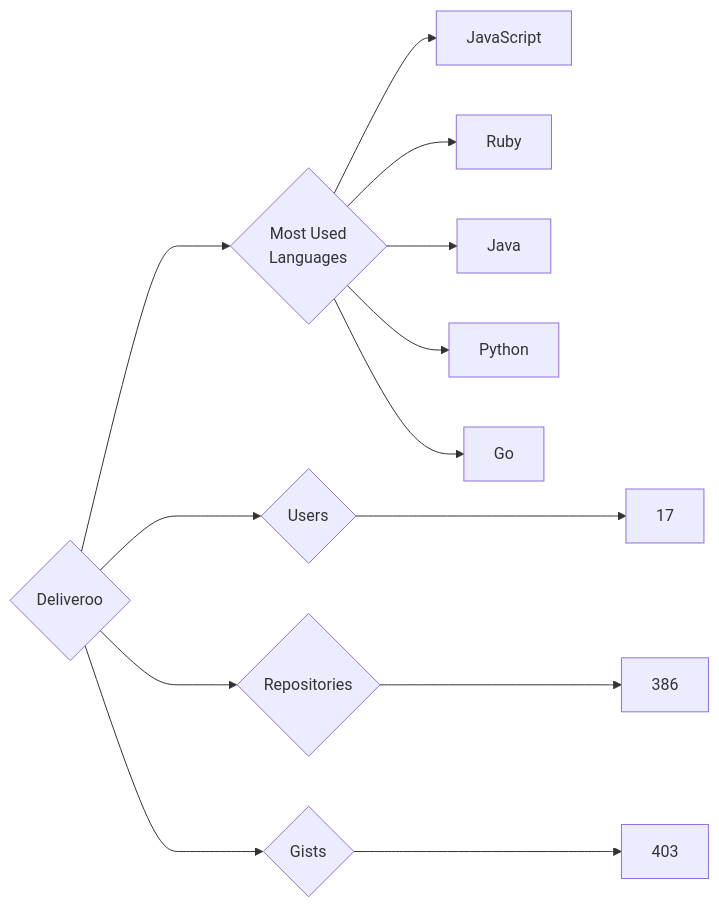
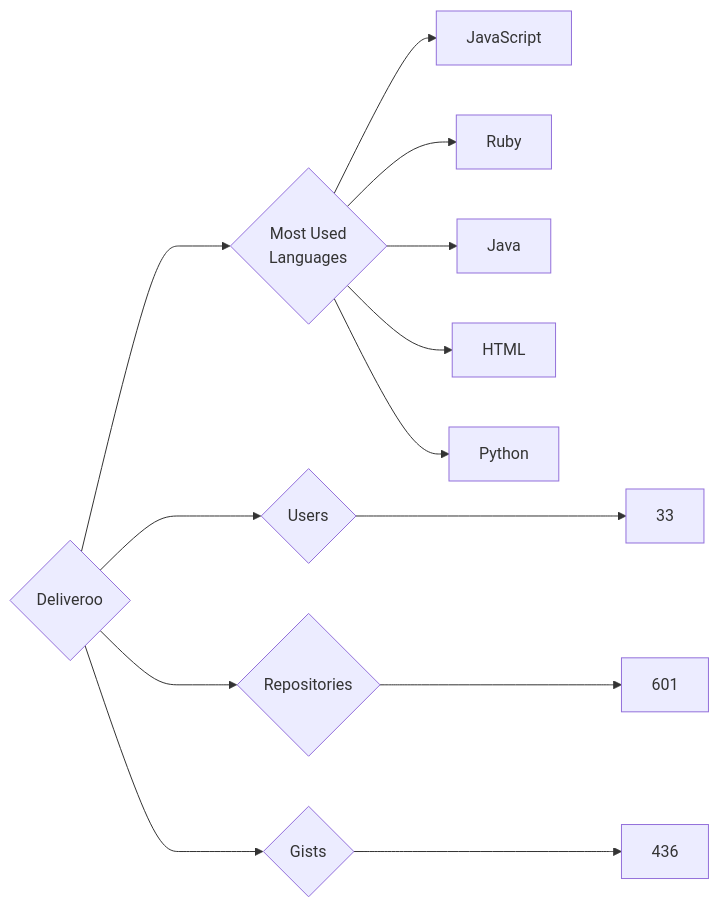
The diagram in targets/Deliveroo/README.md (trickest/insiders), drawn with Mermaid before and after one commit. The commit also changed 914 other files, not shown here.

````diff
--- a/targets/Deliveroo/README.md
+++ b/targets/Deliveroo/README.md
@@ -3,13 +3,13 @@
 ```mermaid
 graph LR
 COMPANY_NAME{Deliveroo}
-COMPANY_NAME ---> U{Users} ---> UN[17]
-COMPANY_NAME ---> R{Repositories} ---> RN[386]
-COMPANY_NAME ---> G{Gists} ---> GN[403]
+COMPANY_NAME ---> U{Users} ---> UN[33]
+COMPANY_NAME ---> R{Repositories} ---> RN[601]
+COMPANY_NAME ---> G{Gists} ---> GN[436]
 COMPANY_NAME ---> ML{Most Used<br>Languages}
 ML --> JavaScript[JavaScript]
 ML --> Ruby[Ruby]
 ML --> Java[Java]
+ML --> HTML[HTML]
 ML --> Python[Python]
-ML --> Go[Go]
 ```
````
